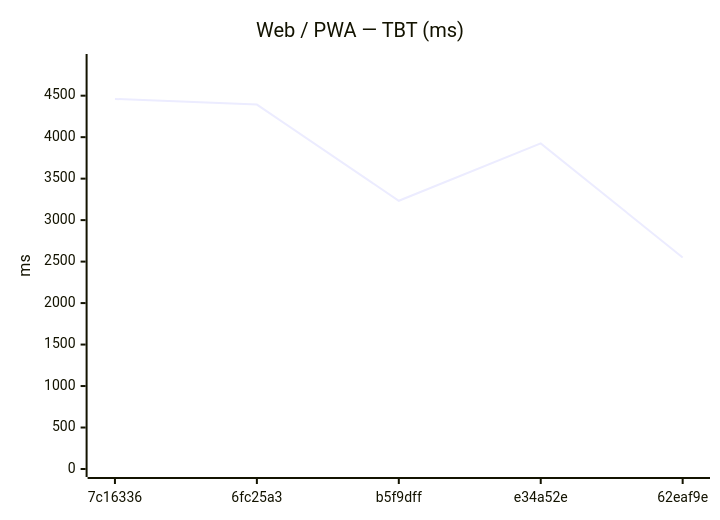
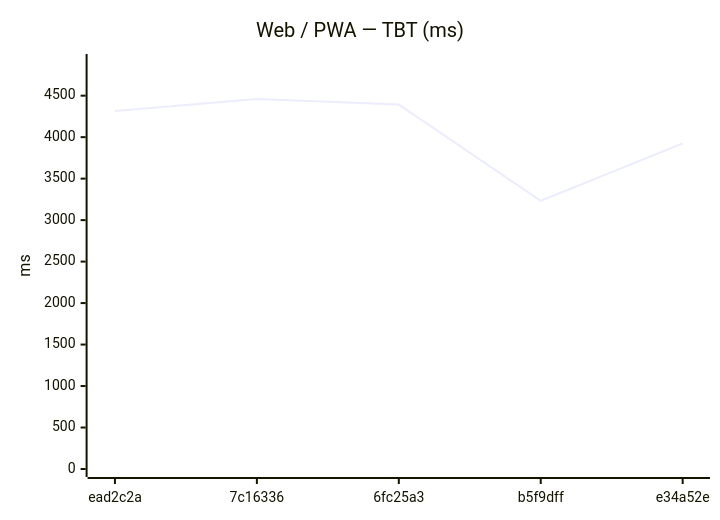
Before and after one commit to Metaheurist/Rianell: the sixth of 12 diagrams in benchmarks/compare.md, drawn with Mermaid. The commit also changed other lines of this file and 8 other files, not shown here.

````diff
--- a/benchmarks/compare.md
+++ b/benchmarks/compare.md
@@ -89,7 +89,7 @@
 ```mermaid
 xychart-beta
     title "Web / PWA — TBT (ms)"
-    x-axis ["7c16336", "6fc25a3", "b5f9dff", "e34a52e", "62eaf9e"]
+    x-axis ["ead2c2a", "7c16336", "6fc25a3", "b5f9dff", "e34a52e"]
     y-axis "ms" 0 --> 4906
-    line [4460, 4393, 3233, 3925, 2549]
+    line [4315, 4460, 4393, 3233, 3925]
 ```
````
